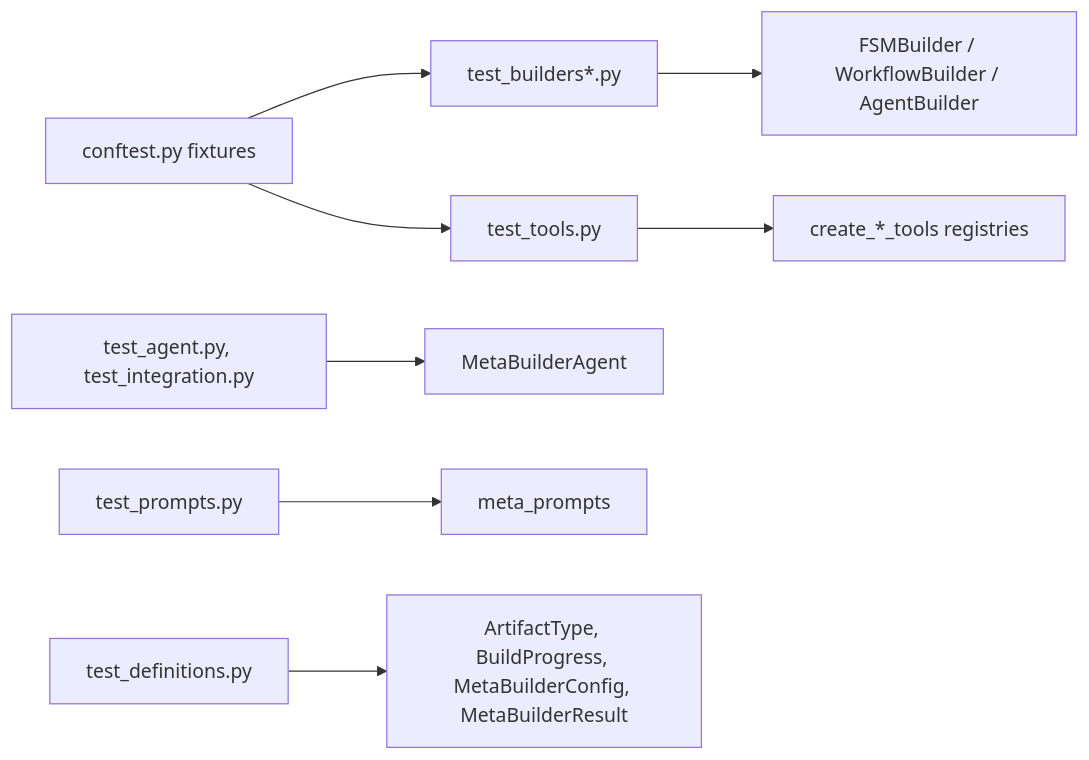
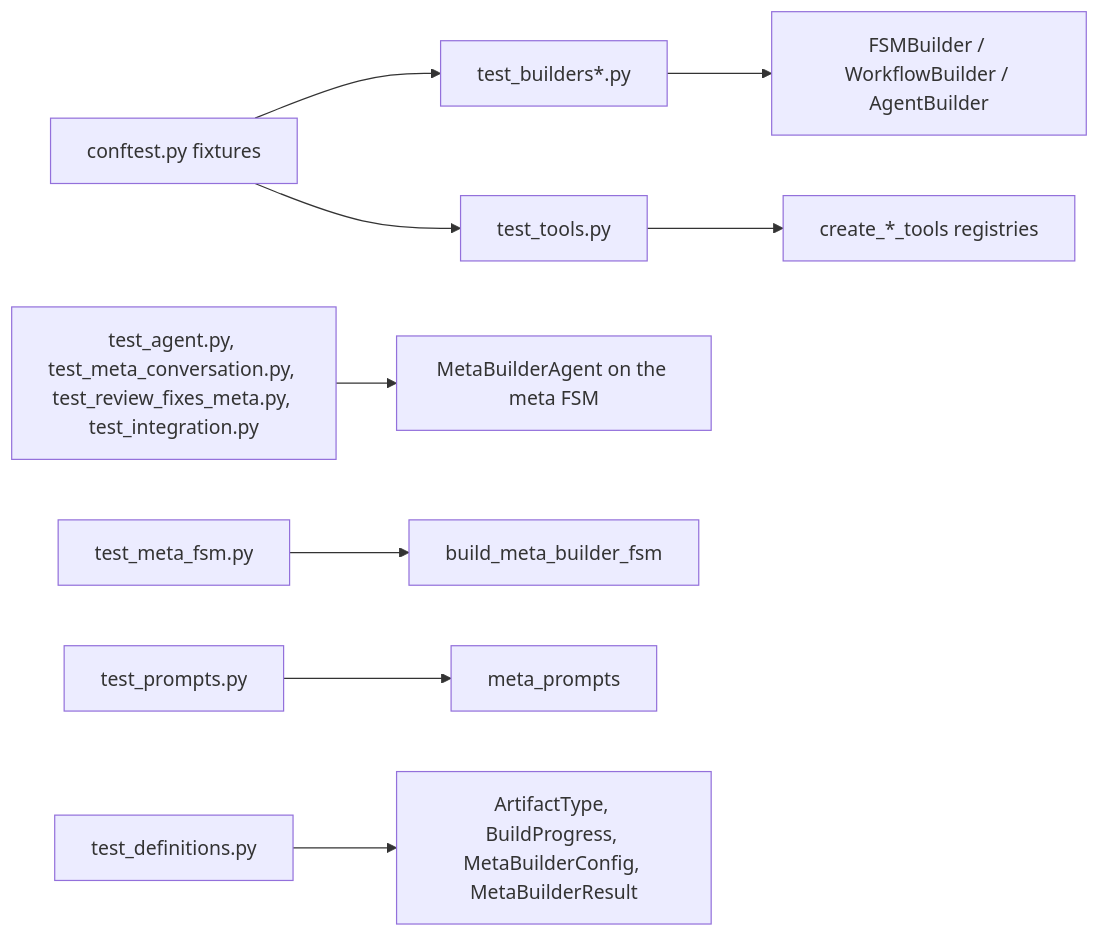
Before and after one commit to NikolasMarkou/fsm_llm: the diagram in tests/test_fsm_llm_meta/README.md, drawn with Mermaid. The commit also changed other lines of this file and 24 other files, not shown here.

Commit message:
[plan-2026-10-01-944e2692/iter-1/step-30] docs: one LLM layer, completion state, native_fc and meta-builder on core, reasoning on the run loop

````diff
--- a/tests/test_fsm_llm_meta/README.md
+++ b/tests/test_fsm_llm_meta/README.md
@@ -13,10 +13,11 @@
 ```mermaid
 flowchart LR
     conftest[conftest.py fixtures] --> builders[test_builders*.py]
     conftest --> tools[test_tools.py]
     builders --> B[FSMBuilder / WorkflowBuilder / AgentBuilder]
     tools --> T[create_*_tools registries]
-    agent[test_agent.py, test_integration.py] --> M[MetaBuilderAgent]
+    agent[test_agent.py, test_meta_conversation.py, test_review_fixes_meta.py, test_integration.py] --> M[MetaBuilderAgent on the meta FSM]
+    fsm[test_meta_fsm.py] --> F[build_meta_builder_fsm]
     prompts[test_prompts.py] --> P[meta_prompts]
     defs[test_definitions.py] --> D[ArtifactType, BuildProgress, MetaBuilderConfig, MetaBuilderResult]
 ```
````
